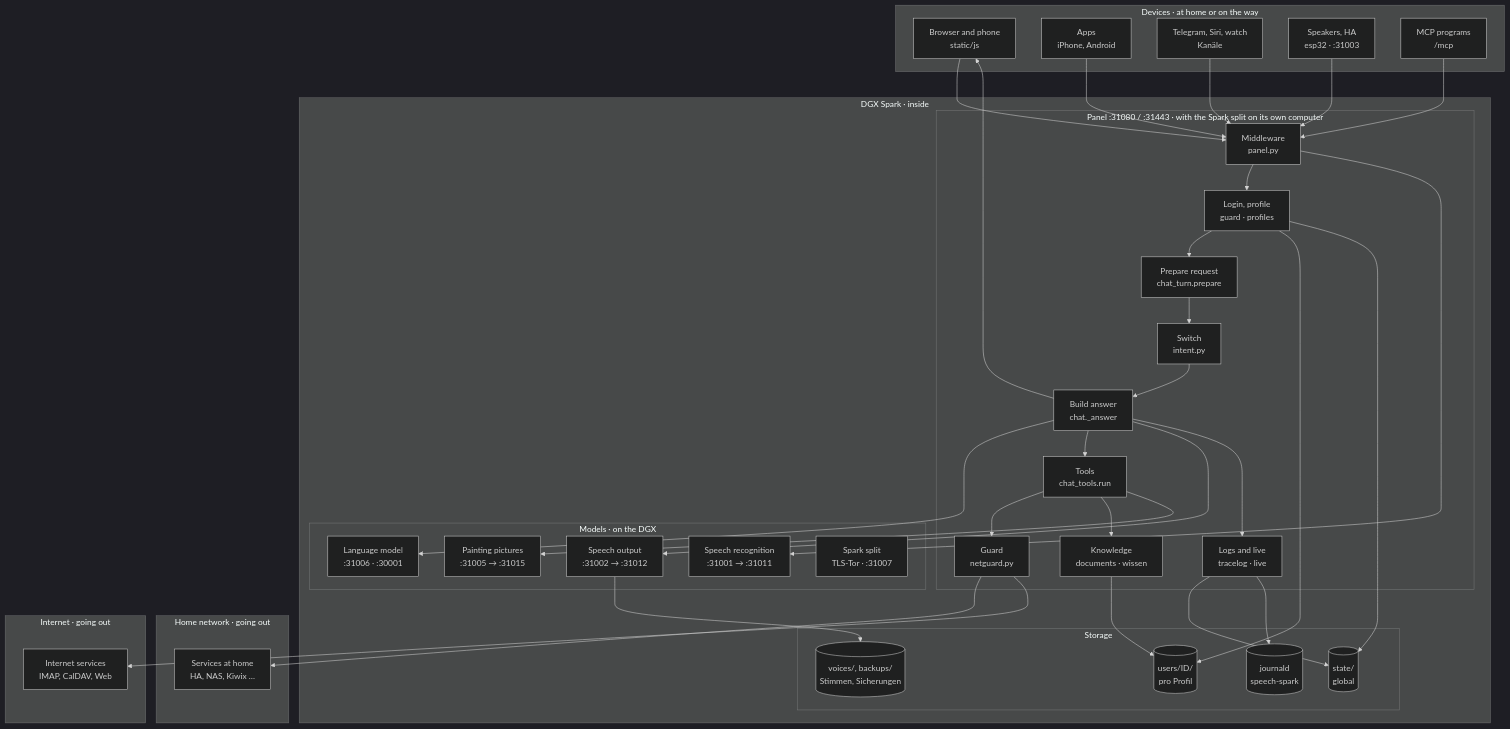
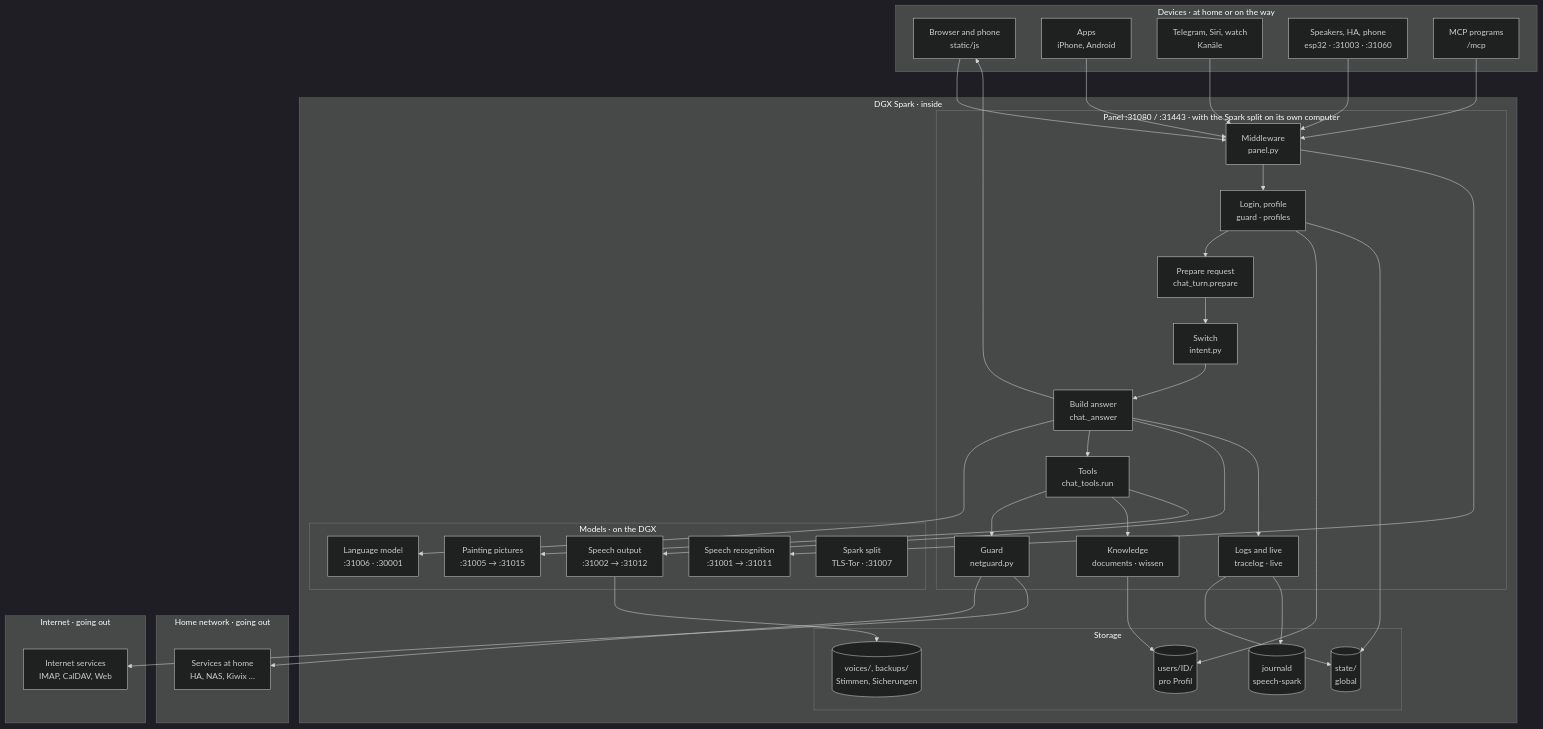
The first of 26 diagrams in docs/en/architecture.md (db9979/speech-on-dgx-spark), drawn with Mermaid (dark theme) before and after one commit. The commit also changed other lines of this file and 44 other files, not shown here.

````diff
--- a/docs/en/architecture.md
+++ b/docs/en/architecture.md
@@ -16,68 +16,68 @@
 ```mermaid
 flowchart TB
   subgraph z_geraete["Devices · at home or on the way"]
     geraet["Browser and phone<br/>static/js"]
     apps["Apps<br/>iPhone, Android"]
     kanaele["Telegram, Siri, watch<br/>Kanäle"]
-    lautsprecher["Speakers, HA<br/>esp32 · :31003"]
+    lautsprecher["Speakers, HA, phone<br/>esp32 · :31003 · :31060"]
     mcpc["MCP programs<br/>/mcp"]
   end
   subgraph z_spark["DGX Spark · inside"]
     subgraph z_panel["Panel :31080 / :31443 · with the Spark split on its own computer"]
       middleware["Middleware<br/>panel.py"]
       zugang["Login, profile<br/>guard · profiles"]
       vorbereiten["Prepare request<br/>chat_turn.prepare"]
       weiche["Switch<br/>intent.py"]
       antwort["Build answer<br/>chat._answer"]
       werkzeuge["Tools<br/>chat_tools.run"]
       wissen["Knowledge<br/>documents · wissen"]
       waechter["Guard<br/>netguard.py"]
       betrieb["Logs and live<br/>tracelog · live"]
     end
     subgraph z_modelle["Models · on the DGX"]
       llm["Language model<br/>:31006 · :30001"]
       asr["Speech recognition<br/>:31001 → :31011"]
       tts["Speech output<br/>:31002 → :31012"]
       bild["Painting pictures<br/>:31005 → :31015"]
       teilen["Spark split<br/>TLS-Tor · :31007"]
     end
     subgraph z_speicher["Storage"]
       state[("state/<br/>global")]
       users[("users/ID/<br/>pro Profil")]
       ablage[("voices/, backups/<br/>Stimmen, Sicherungen")]
       journal[("journald<br/>speech-spark")]
     end
   end
   subgraph z_heimnetz["Home network · going out"]
     aussen["Services at home<br/>HA, NAS, Kiwix …"]
   end
   subgraph z_internet["Internet · going out"]
     internet["Internet services<br/>IMAP, CalDAV, Web"]
   end
   geraet --> middleware
   apps --> middleware
   kanaele --> middleware
   lautsprecher --> middleware
   mcpc --> middleware
   middleware --> zugang
   middleware --> asr
   zugang --> vorbereiten
   vorbereiten --> weiche
   weiche --> antwort
   antwort --> llm
   antwort --> werkzeuge
   werkzeuge --> waechter
   waechter --> aussen
   waechter --> internet
   werkzeuge --> wissen
   antwort --> tts
   werkzeuge --> bild
   antwort --> geraet
   antwort --> betrieb
   betrieb --> state
   betrieb --> journal
   wissen --> users
   zugang --> users
   zugang --> state
   tts --> ablage
 ```
````
